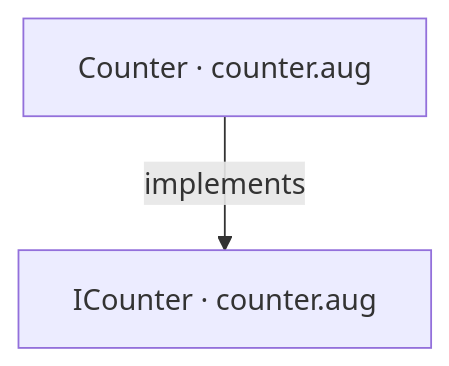
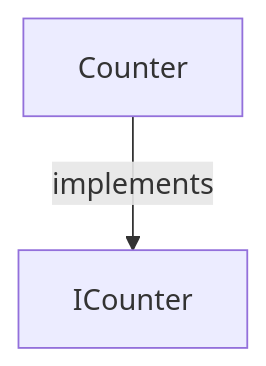
Before and after one commit to GreenPandaStudios/augscript: the first of 2 diagrams in docs/examples/ownership/counter-diagrams.md, drawn with Mermaid. The commit also changed other lines of this file and 524 other files, not shown here.

Commit message:
Explain checked data flow at folder and service levels

````diff
--- a/docs/examples/ownership/counter-diagrams.md
+++ b/docs/examples/ownership/counter-diagrams.md
@@ -19,6 +19,6 @@
 ```mermaid
 flowchart TD
-    n0["Counter · counter.aug"]
-    n1["ICounter · counter.aug"]
+    n0["Counter"]
+    n1["ICounter"]
     n0 -->|"implements"| n1
 ```
````
